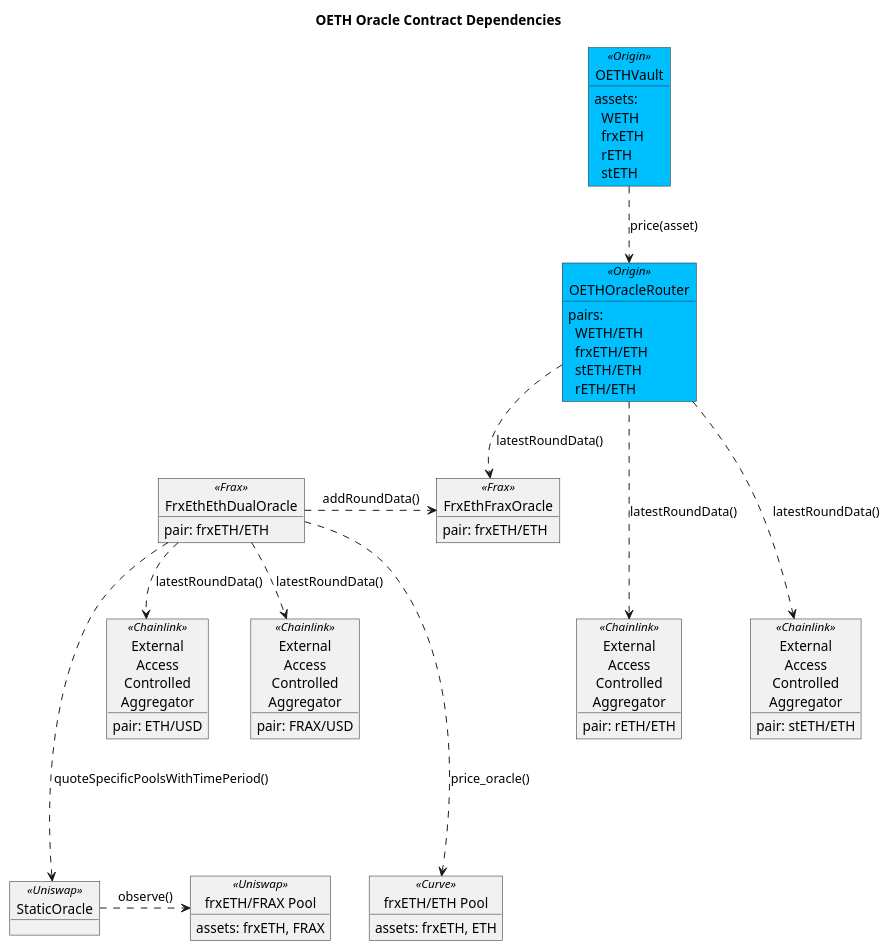
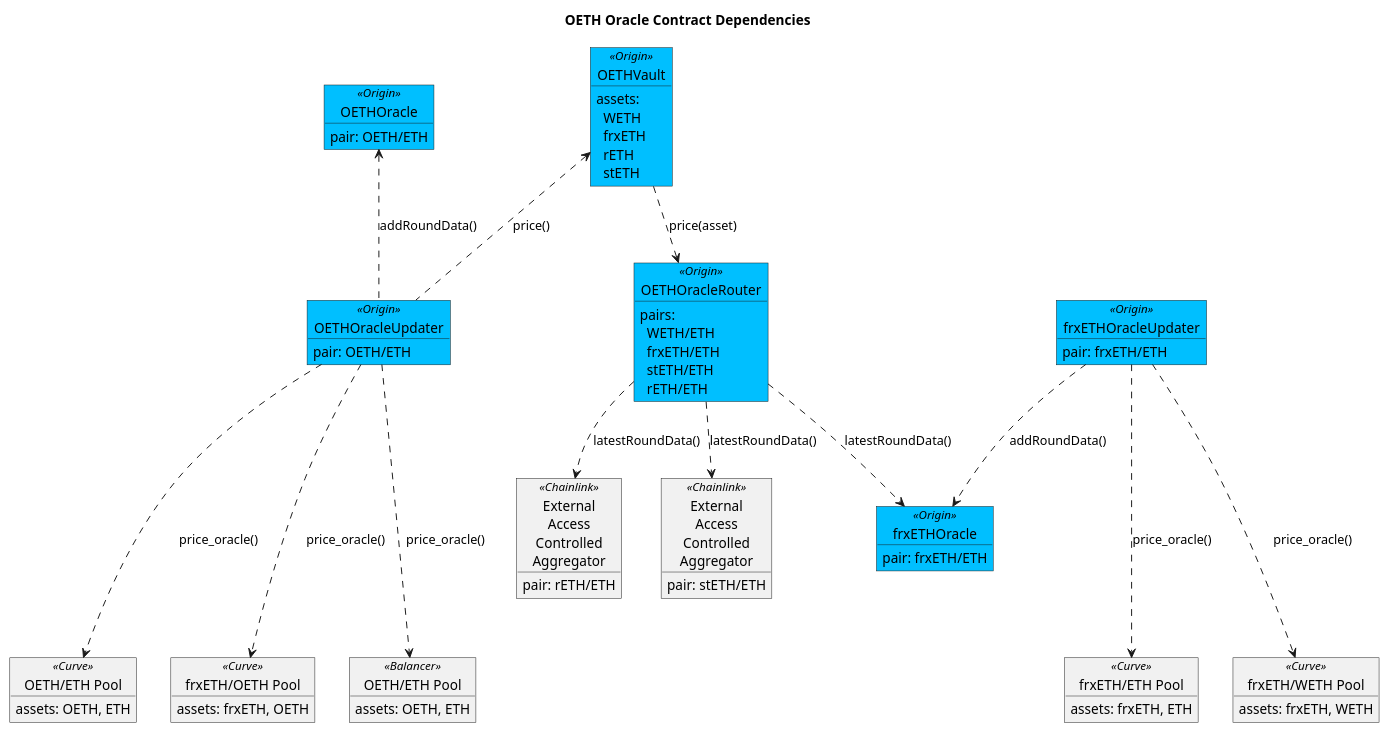
The diagram in contracts/docs/plantuml/oethOracles.puml (OriginProtocol/origin-dollar), drawn with PlantUML before and after one commit. The commit also changed 1 other file, not shown here.

Commit message:
Updated OETH Oracle contracts diagram

```diff
--- a/contracts/docs/plantuml/oethOracles.puml
+++ b/contracts/docs/plantuml/oethOracles.puml
@@ -1,70 +1,116 @@
 @startuml
 
 skinparam tabSize 2
 
 title "OETH Oracle Contract Dependencies"
 
 object "OETHVault" as vault <<Origin>> #DeepSkyBlue {
 assets:
     \tWETH
     \tfrxETH
     \trETH
     \tstETH
 }
 
 object "OETHOracleRouter" as router <<Origin>> #DeepSkyBlue {
 pairs:
     \tWETH/ETH
     \tfrxETH/ETH
     \tstETH/ETH
     \trETH/ETH
 }
 
-object "FrxEthFraxOracle" as fo <<Frax>> {
+object "OETHOracleUpdater" as oou <<Origin>> #DeepSkyBlue {
+pair: OETH/ETH
+}
+
+object "frxETHOracleUpdater" as fou <<Origin>> #DeepSkyBlue {
 pair: frxETH/ETH
 }
 
-object "FrxEthEthDualOracle" as fdo <<Frax>> {
+object "OETHOracle" as oetho <<Origin>> #DeepSkyBlue {
+pair: OETH/ETH
+}
+
+object "frxETHOracle" as frxo <<Origin>> #DeepSkyBlue {
 pair: frxETH/ETH
 }
 
 object "External\nAccess\nControlled\nAggregator" as clrETH <<Chainlink>> {
 pair: rETH/ETH
 }
 
 object "External\nAccess\nControlled\nAggregator" as clstETH <<Chainlink>> {
 pair: stETH/ETH
 }
 
-object "External\nAccess\nControlled\nAggregator" as cleth <<Chainlink>> {
-pair: ETH/USD
+object "OETH/ETH Pool" as coep <<Curve>> {
+assets: OETH, ETH
 }
 
-object "External\nAccess\nControlled\nAggregator" as clfrax <<Chainlink>> {
-pair: FRAX/USD
+object "frxETH/OETH Pool" as cfop <<Curve>> {
+assets: frxETH, OETH
 }
 
-object "frxETH/ETH Pool" as cp <<Curve>> {
+object "frxETH/ETH Pool" as cfep <<Curve>> {
 assets: frxETH, ETH
 }
 
-object "StaticOracle" as uso <<Uniswap>> {
+object "frxETH/WETH Pool" as cfwp <<Curve>> {
+assets: frxETH, WETH
 }
 
-object "frxETH/FRAX Pool" as up <<Uniswap>> {
-    assets: frxETH, FRAX
+object "OETH/ETH Pool" as boep <<Balancer>> {
+assets: OETH, ETH
 }
 
 
 vault ..> router : price(asset)
-router ...> clrETH : latestRoundData()
-router ...> clstETH : latestRoundData()
-router ..> fo : latestRoundData()
-fdo .> fo : addRoundData()
-fdo ....> cp : price_oracle()
-fdo ....> uso : quoteSpecificPoolsWithTimePeriod()
-uso .> up : observe()
-fdo ..> cleth : latestRoundData()
-fdo ..> clfrax : latestRoundData()
+router ..> clrETH : latestRoundData()
+router ..> clstETH : latestRoundData()
+
+vault <.. oou : price()
+oetho <.. oou  : addRoundData()
+oou ...> coep : price_oracle()
+oou ...> cfop : price_oracle()
+oou ...> boep : price_oracle()
+
+router ..> frxo  : latestRoundData()
+fou ..> frxo : addRoundData()
+fou ...> cfep : price_oracle()
+fou ...> cfwp : price_oracle()
+
+
+' object "FrxEthFraxOracle" as fo <<Frax>> {
+' pair: frxETH/ETH
+' }
+
+' object "FrxEthEthDualOracle" as fdo <<Frax>> {
+' pair: frxETH/ETH
+' }
+
+
+' object "External\nAccess\nControlled\nAggregator" as cleth <<Chainlink>> {
+' pair: ETH/USD
+' }
+
+' object "External\nAccess\nControlled\nAggregator" as clfrax <<Chainlink>> {
+' pair: FRAX/USD
+' }
+
+' object "StaticOracle" as uso <<Uniswap>> {
+' }
+
+' object "frxETH/FRAX Pool" as up <<Uniswap>> {
+'     assets: frxETH, FRAX
+' }
+
+' router ..> fo : latestRoundData()
+' fdo .> fo : addRoundData()
+' fdo ....> cfep : price_oracle()
+' fdo ....> uso : quoteSpecificPoolsWithTimePeriod()
+' uso .> up : observe()
+' fdo ..> cleth : latestRoundData()
+' fdo ..> clfrax : latestRoundData()
 
 @enduml
```
